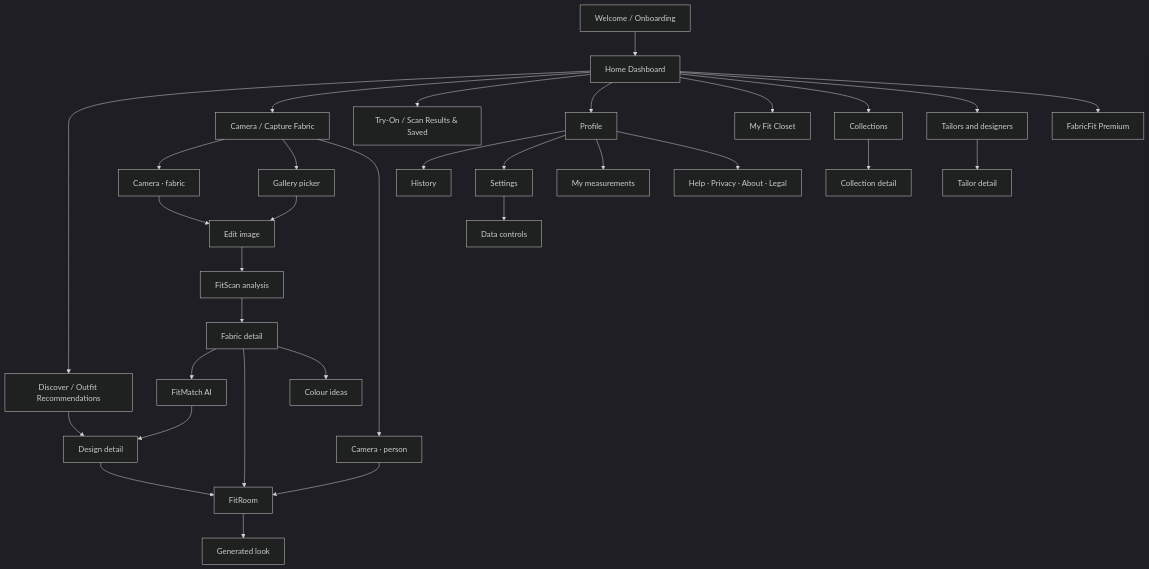
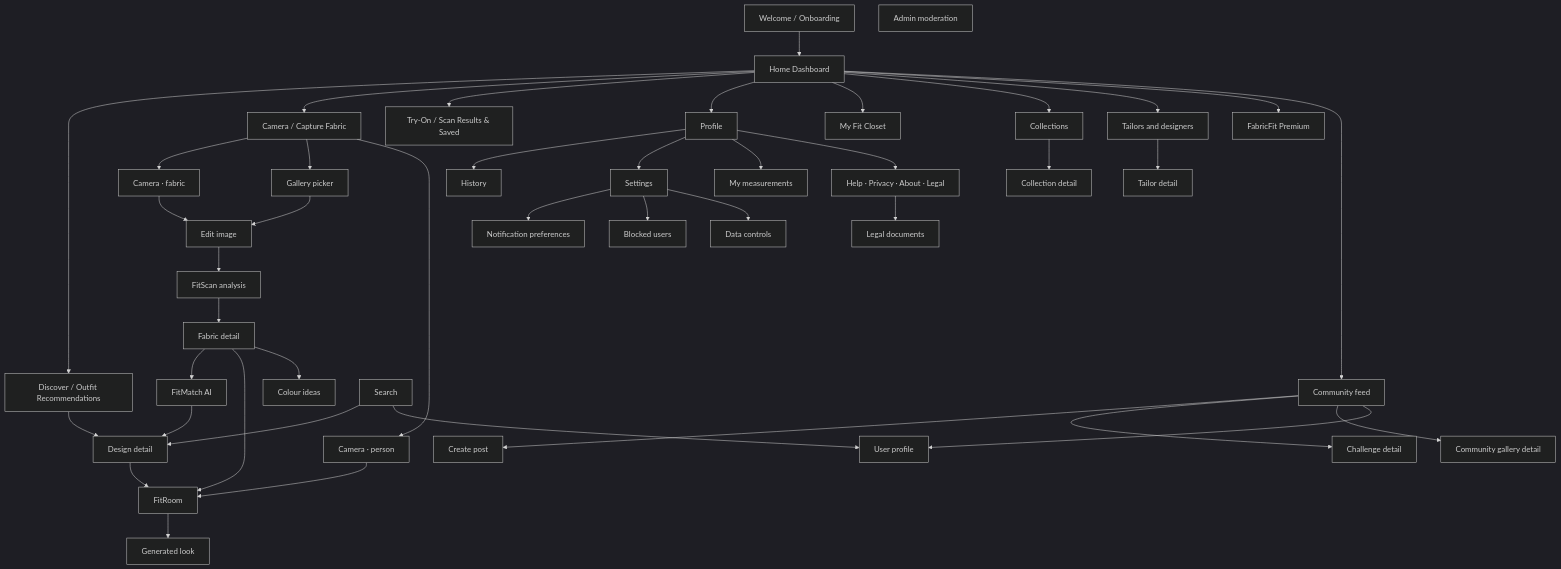
Before and after one commit to Jacinth-19/fabricfit-app: the diagram in README.md, drawn with Mermaid (dark theme). The commit also changed other lines of this file and 6 other files, not shown here.

````diff
--- a/README.md
+++ b/README.md
@@ -231,40 +245,51 @@
 ```mermaid
 flowchart TD
     ON[Welcome / Onboarding] --> HOME
 
     HOME[Home Dashboard]
     HOME --> DISC[Discover / Outfit Recommendations]
     HOME --> CREATE[Camera / Capture Fabric]
     HOME --> FAV[Try-On / Scan Results & Saved]
     HOME --> PROF[Profile]
 
     CREATE --> CAMF[Camera · fabric]
     CREATE --> GAL[Gallery picker]
     CREATE --> CAMP[Camera · person]
     CAMF --> EDIT[Edit image]
     GAL --> EDIT
-    EDIT --> ANA[FitScan analysis]
+    EDIT --> ANA["FitScan analysis"]
     ANA --> FAB[Fabric detail]
 
-    FAB --> MATCH[FitMatch AI]
+    FAB --> MATCH["FitMatch AI"]
     FAB --> TRY[FitRoom]
     FAB --> COL[Colour ideas]
-    MATCH --> DES[Design detail]
+    MATCH --> DES["Design detail"]
     DES --> TRY
     CAMP --> TRY
     DISC --> DES
     TRY --> RES[Generated look]
 
     HOME --> WARD[My Fit Closet]
     HOME --> COLL[Collections]
     COLL --> CDET[Collection detail]
     HOME --> TL[Tailors and designers]
     TL --> TDET[Tailor detail]
     HOME --> PREM[FabricFit Premium]
+    HOME --> COMM[Community feed]
+    COMM --> CPOST[Create post]
+    COMM --> CHAL[Challenge detail]
+    COMM --> CGAL[Community gallery detail]
+    COMM --> UPROF[User profile]
+    SEARCH[Search] --> DES
+    SEARCH --> UPROF
+    SET --> NOTIF[Notification preferences]
+    SET --> BLOCKED[Blocked users]
+    INFO --> LEGAL[Legal documents]
+    ADMIN[Admin moderation]
 
     PROF --> HIST[History]
     PROF --> SET[Settings]
     PROF --> MEAS[My measurements]
     PROF --> INFO[Help · Privacy · About · Legal]
     SET --> DATA[Data controls]
 ```
````
